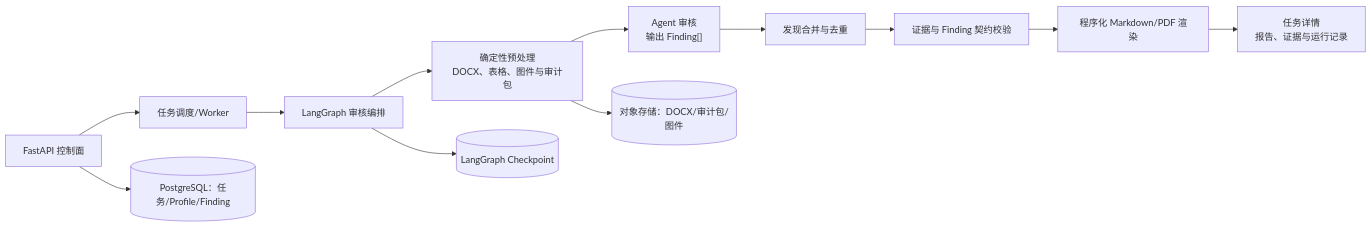
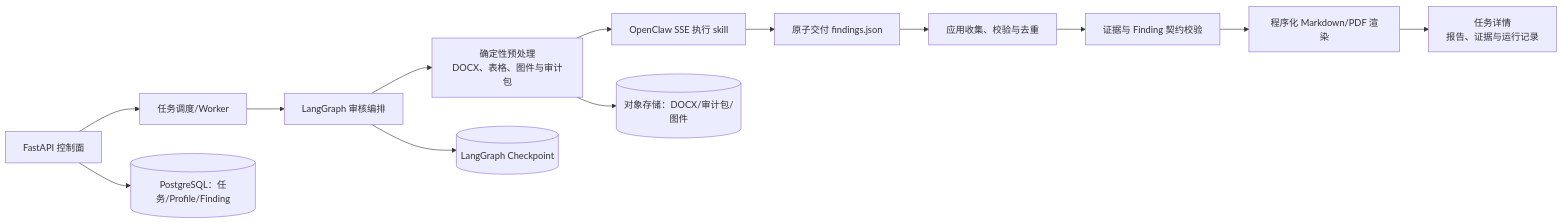
One commit to Rainbow-CC/DocGuard changed the first of 2 diagrams in README.md. Above: the diagram before and after it, drawn with Mermaid. The commit also changed other lines of this file and 15 other files, not shown here.

Commit message:
feat: add durable OpenClaw audit artifacts

````diff
--- a/README.md
+++ b/README.md
@@ -9,14 +9,15 @@
 ```mermaid
 flowchart LR
     API["FastAPI 控制面"] --> Q["任务调度/Worker"]
     Q --> LG["LangGraph 审核编排"]
     LG --> PP["确定性预处理<br/>DOCX、表格、图件与审计包"]
-    PP --> AG["Agent 审核<br/>输出 Finding[]"]
-    AG --> MG["发现合并与去重"]
+    PP --> AG["OpenClaw SSE 执行 skill"]
+    AG --> AR["原子交付 findings.json"]
+    AR --> MG["应用收集、校验与去重"]
     MG --> CV["证据与 Finding 契约校验"]
     CV --> RR["程序化 Markdown/PDF 渲染"]
     RR --> UI["任务详情<br/>报告、证据与运行记录"]
     PP --> OS[("对象存储：DOCX/审计包/图件")]
     LG --> CP[("LangGraph Checkpoint")]
     API --> DB[("PostgreSQL：任务/Profile/Finding")]
 ```
````
